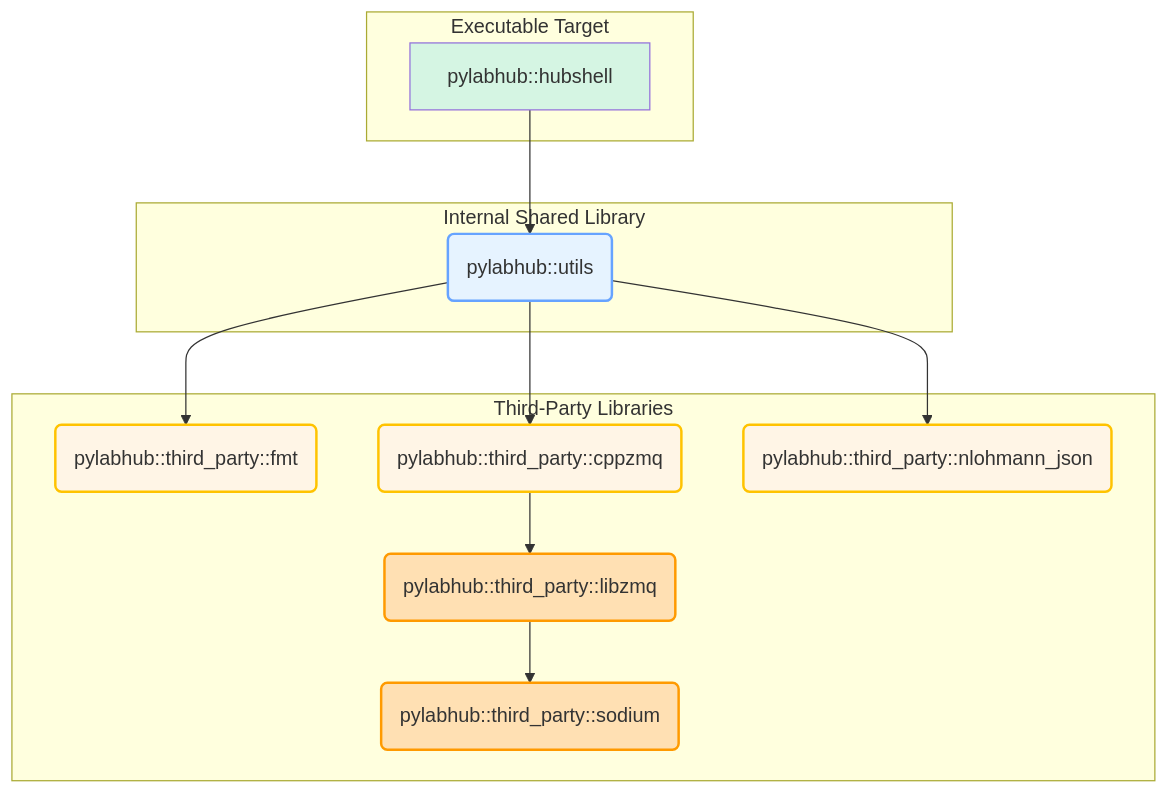
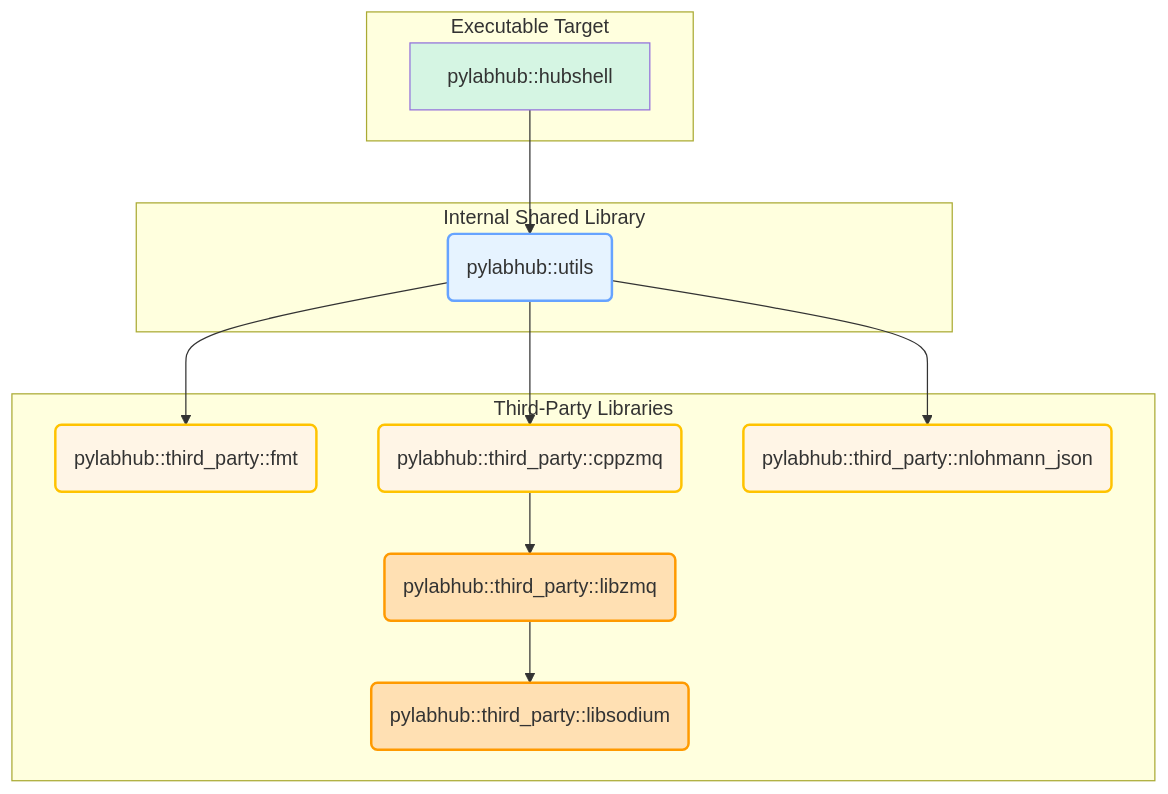
The first of 2 diagrams in cpp/docs/README_CMake_Design.md (Qing-LAB/pylabhub), drawn with Mermaid before and after one commit. The commit also changed other lines of this file and 21 other files, not shown here.

````diff
--- a/cpp/docs/README_CMake_Design.md
+++ b/cpp/docs/README_CMake_Design.md
@@ -67,33 +79,33 @@
 ```mermaid
 graph TD
     subgraph "Executable Target"
         A[pylabhub::hubshell]
     end
     
     subgraph "Internal Shared Library"
         B(pylabhub::utils)
     end
     
     subgraph "Third-Party Libraries"
         C(pylabhub::third_party::fmt)
         D(pylabhub::third_party::cppzmq)
         E(pylabhub::third_party::nlohmann_json)
         F(pylabhub::third_party::libzmq)
-        G(pylabhub::third_party::sodium)
+        G(pylabhub::third_party::libsodium)
     end
     
     A --> B;
     B --> C;
     B --> D;
     B --> E;
     D --> F;
     F --> G;
 
     style A fill:#D5F5E3
     style B fill:#E6F3FF,stroke:#66a3ff,stroke-width:2px
     style C fill:#FFF5E6,stroke:#FFC300,stroke-width:2px
     style D fill:#FFF5E6,stroke:#FFC300,stroke-width:2px
     style E fill:#FFF5E6,stroke:#FFC300,stroke-width:2px
     style F fill:#FFE0B3,stroke:#FF9A00,stroke-width:2px
     style G fill:#FFE0B3,stroke:#FF9A00,stroke-width:2px
 ```
````
